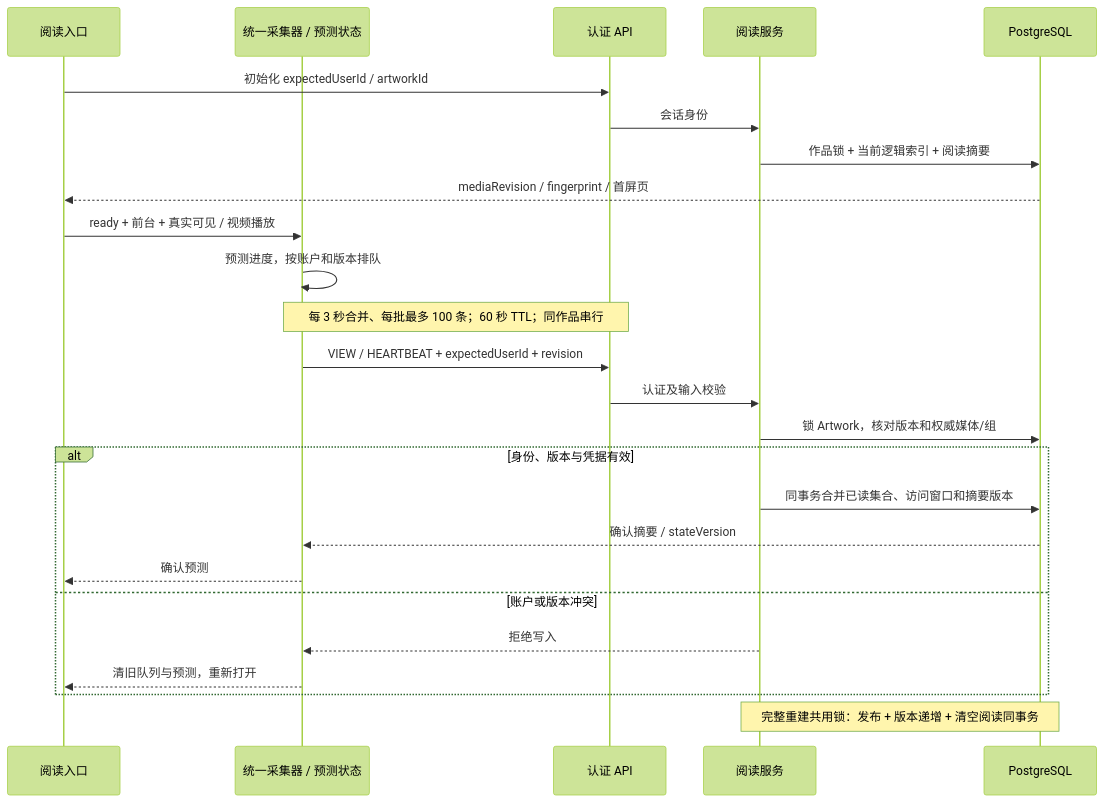
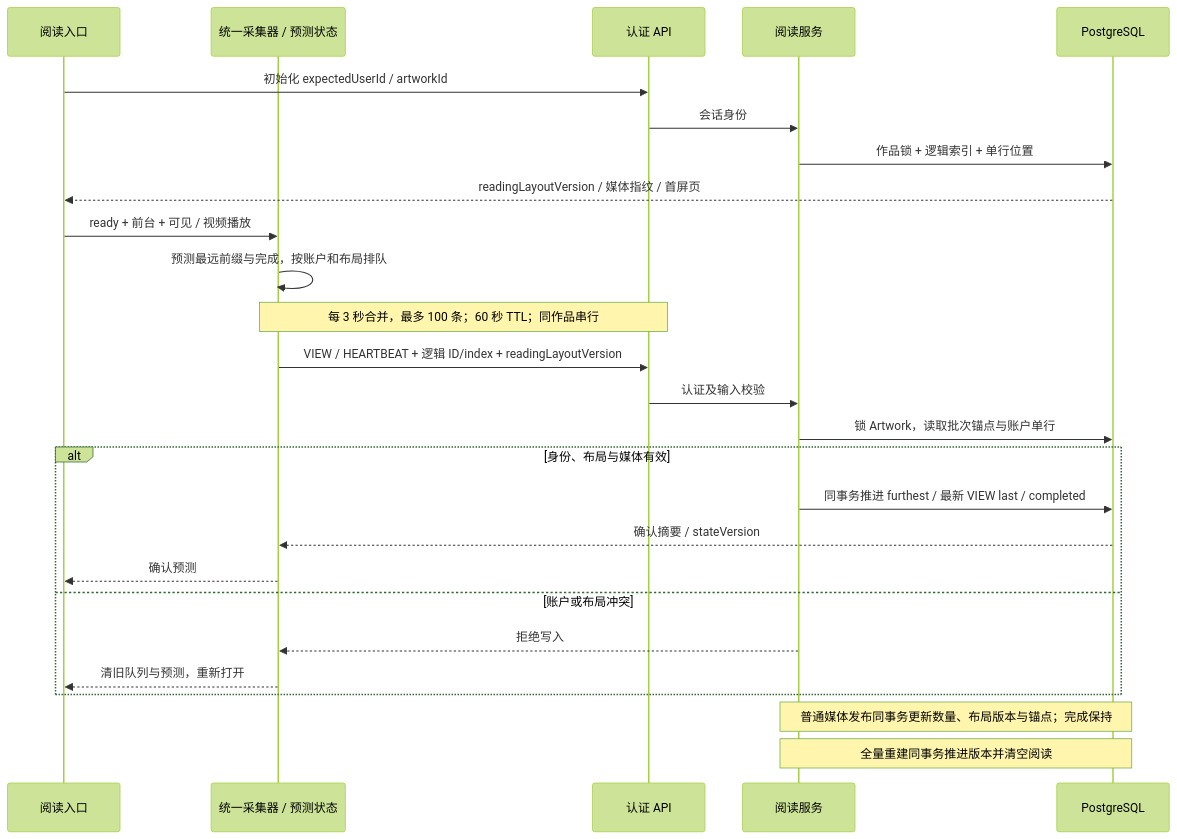
Before and after one commit to namehu/PixiShelf: the diagram in docs/diagrams/architecture/reading-events.mmd, drawn with Mermaid (forest theme). The commit also changed 123 other files, not shown here.

```diff
--- a/docs/diagrams/architecture/reading-events.mmd
+++ b/docs/diagrams/architecture/reading-events.mmd
@@ -1,25 +1,26 @@
 sequenceDiagram
   participant U as 阅读入口
   participant C as 统一采集器 / 预测状态
   participant A as 认证 API
   participant R as 阅读服务
   participant D as PostgreSQL
   U->>A: 初始化 expectedUserId / artworkId
   A->>R: 会话身份
-  R->>D: 作品锁 + 当前逻辑索引 + 阅读摘要
-  D-->>U: mediaRevision / fingerprint / 首屏页
-  U->>C: ready + 前台 + 真实可见 / 视频播放
-  C->>C: 预测进度，按账户和版本排队
-  Note over C,A: 每 3 秒合并、每批最多 100 条；60 秒 TTL；同作品串行
-  C->>A: VIEW / HEARTBEAT + expectedUserId + revision
+  R->>D: 作品锁 + 逻辑索引 + 单行位置
+  D-->>U: readingLayoutVersion / 媒体指纹 / 首屏页
+  U->>C: ready + 前台 + 可见 / 视频播放
+  C->>C: 预测最远前缀与完成，按账户和布局排队
+  Note over C,A: 每 3 秒合并，最多 100 条；60 秒 TTL；同作品串行
+  C->>A: VIEW / HEARTBEAT + 逻辑 ID/index + readingLayoutVersion
   A->>R: 认证及输入校验
-  R->>D: 锁 Artwork，核对版本和权威媒体/组
-  alt 身份、版本与凭据有效
-    R->>D: 同事务合并已读集合、访问窗口和摘要版本
+  R->>D: 锁 Artwork，读取批次锚点与账户单行
+  alt 身份、布局与媒体有效
+    R->>D: 同事务推进 furthest / 最新 VIEW last / completed
     D-->>C: 确认摘要 / stateVersion
     C-->>U: 确认预测
-  else 账户或版本冲突
+  else 账户或布局冲突
     R-->>C: 拒绝写入
     C-->>U: 清旧队列与预测，重新打开
   end
-  Note over R,D: 完整重建共用锁：发布 + 版本递增 + 清空阅读同事务
+  Note over R,D: 普通媒体发布同事务更新数量、布局版本与锚点；完成保持
+  Note over R,D: 全量重建同事务推进版本并清空阅读
```
